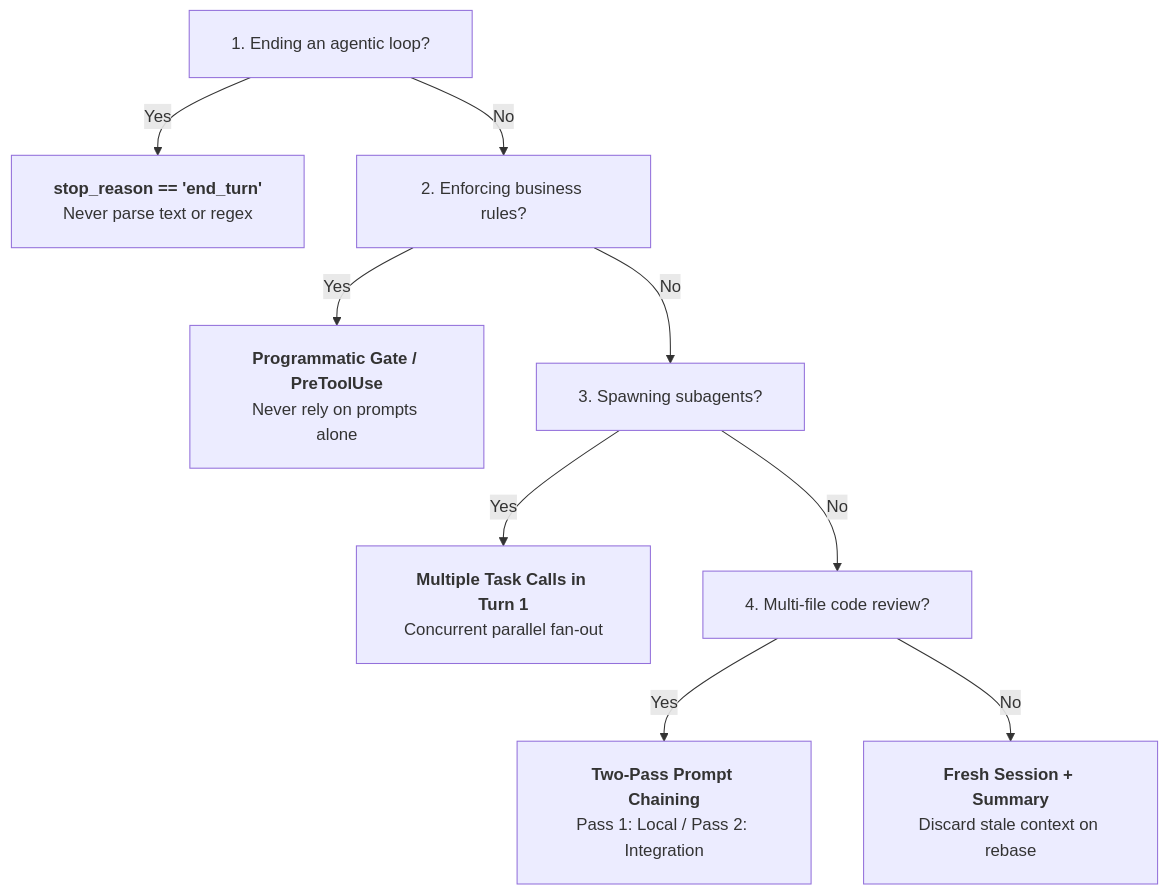
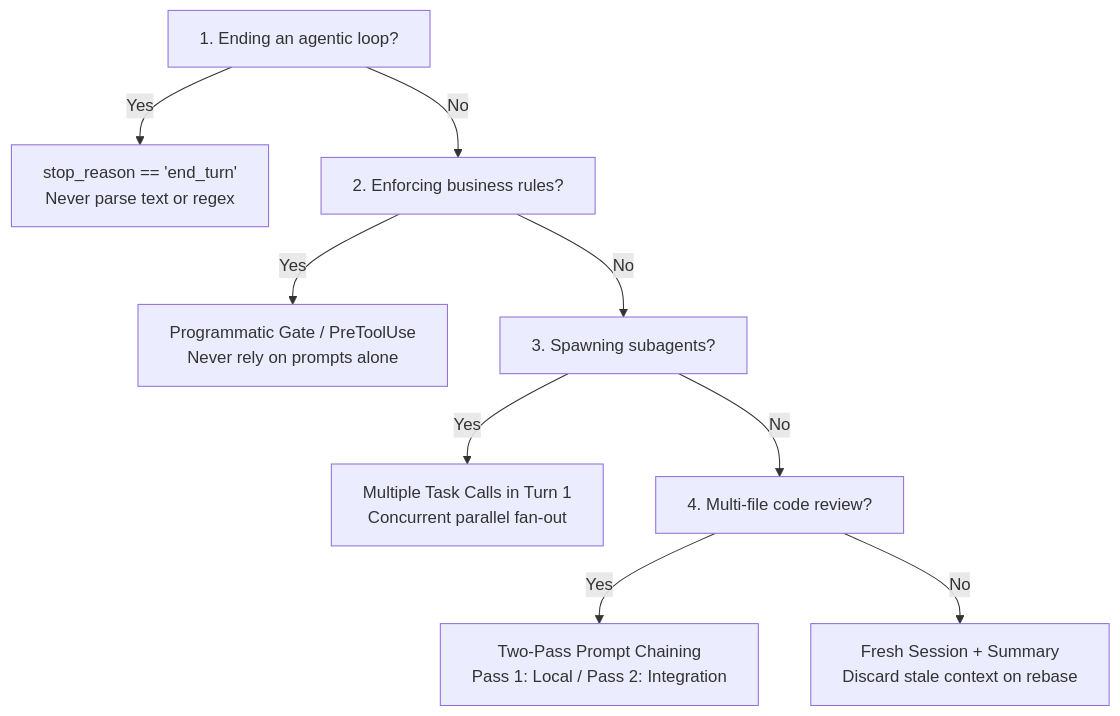
Before and after one commit to dip4k/claude_cert_architect_foundation_prep: the diagram in domain1/README.md, drawn with Mermaid. The commit also changed 31 other files, not shown here.

First line of the commit message:
docs(diagrams): fix GitHub Mermaid rendering cut-off, wrappingWidth, and entity escapes across all 32 docs

````diff
--- a/domain1/README.md
+++ b/domain1/README.md
@@ -127,12 +127,12 @@
 ```mermaid
-%%{init: {"flowchart": {"htmlLabels": true, "padding": 20}}}%%
+%%{init: {"flowchart": {"htmlLabels": true, "wrappingWidth": 250}}}%%
 flowchart TD
-    Q1["1. Ending an agentic loop?"] -->|Yes| A1["<b>stop_reason == 'end_turn'</b><br/>Never parse text or regex"]
+    Q1["1. Ending an agentic loop?"] -->|Yes| A1["stop_reason == 'end_turn'<br/>Never parse text or regex"]
     Q1 -->|No| Q2["2. Enforcing business rules?"]
-    Q2 -->|Yes| A2["<b>Programmatic Gate / PreToolUse</b><br/>Never rely on prompts alone"]
+    Q2 -->|Yes| A2["Programmatic Gate / PreToolUse<br/>Never rely on prompts alone"]
     Q2 -->|No| Q3["3. Spawning subagents?"]
-    Q3 -->|Yes| A3["<b>Multiple Task Calls in Turn 1</b><br/>Concurrent parallel fan-out"]
+    Q3 -->|Yes| A3["Multiple Task Calls in Turn 1<br/>Concurrent parallel fan-out"]
     Q3 -->|No| Q4["4. Multi-file code review?"]
-    Q4 -->|Yes| A4["<b>Two-Pass Prompt Chaining</b><br/>Pass 1: Local / Pass 2: Integration"]
-    Q4 -->|No| A5["<b>Fresh Session + Summary</b><br/>Discard stale context on rebase"]
+    Q4 -->|Yes| A4["Two-Pass Prompt Chaining<br/>Pass 1: Local / Pass 2: Integration"]
+    Q4 -->|No| A5["Fresh Session + Summary<br/>Discard stale context on rebase"]
 ```
````
